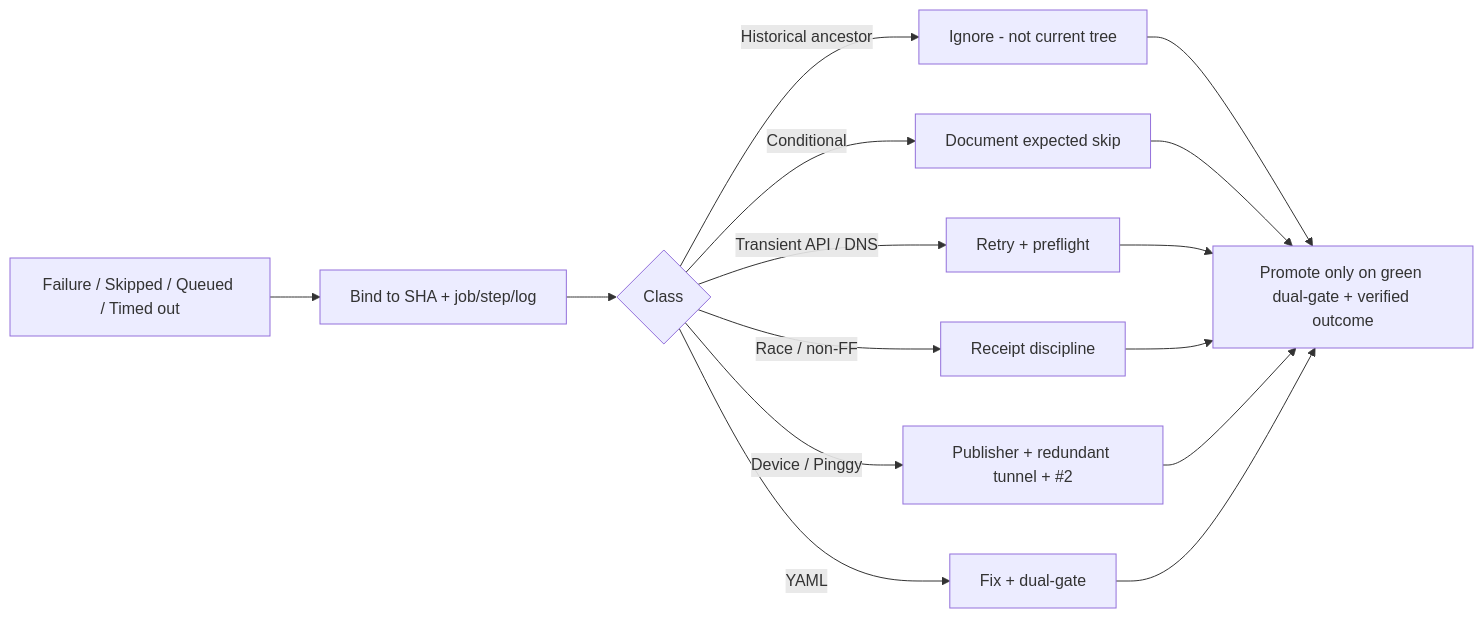
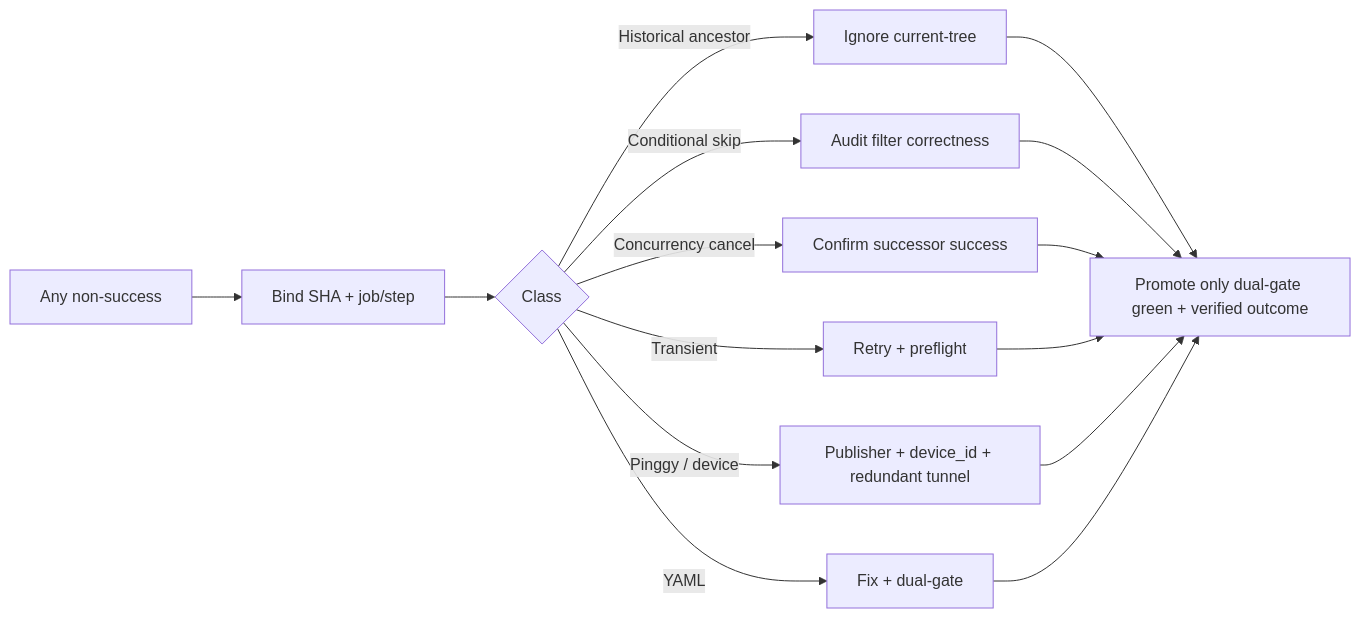
Before and after one commit to timerloggedout-spec/termux-monorepo: the second of 2 diagrams in docs/ops/ACTIONS-WORKFLOWS-MATRIX.md, drawn with Mermaid. The commit also changed other lines of this file, not shown here.

First line of the commit message:
docs(ops): CADE matrix refine — audit Skipped/Cancelled, Pinggy device#1 ID, consolidation targets

````diff
--- a/docs/ops/ACTIONS-WORKFLOWS-MATRIX.md
+++ b/docs/ops/ACTIONS-WORKFLOWS-MATRIX.md
@@ -57,12 +117,12 @@
 ```mermaid
 flowchart LR
-  F[Failure / Skipped / Queued / Timed out] --> R[Bind to SHA + job/step/log]
+  X[Any non-success] --> R[Bind SHA + job/step]
   R --> C{Class}
-  C -->|Historical ancestor| H[Ignore - not current tree]
-  C -->|Conditional| S[Document expected skip]
-  C -->|Transient API / DNS| RT[Retry + preflight]
-  C -->|Race / non-FF| RC[Receipt discipline]
-  C -->|Device / Pinggy| D[Publisher + redundant tunnel + #2]
+  C -->|Historical ancestor| H[Ignore current-tree]
+  C -->|Conditional skip| S[Audit filter correctness]
+  C -->|Concurrency cancel| Z[Confirm successor success]
+  C -->|Transient| RT[Retry + preflight]
+  C -->|Pinggy / device| D[Publisher + device_id + redundant tunnel]
   C -->|YAML| Y[Fix + dual-gate]
-  H & S & RT & RC & D & Y --> P[Promote only on green dual-gate + verified outcome]
+  H & S & Z & RT & D & Y --> P[Promote only dual-gate green + verified outcome]
 ```
````
